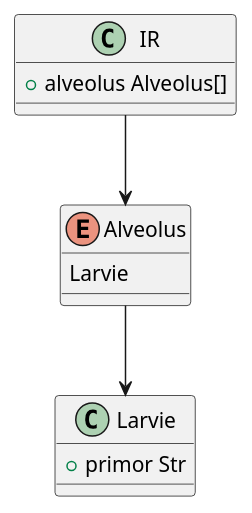
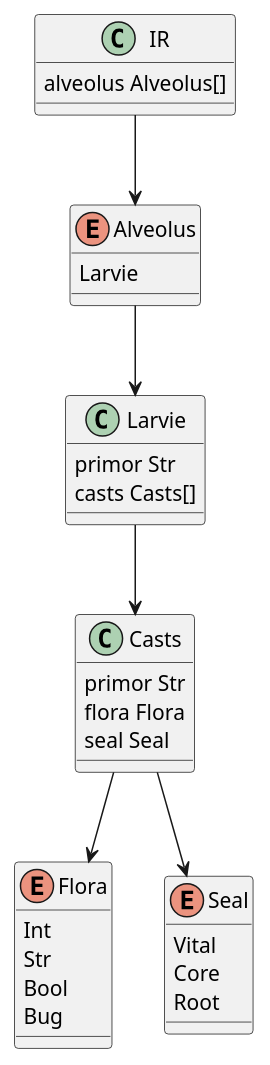
Before and after one commit to sc-land/ir: the diagram in doc/ir.puml, drawn with PlantUML.

Commit message:
docs: update UML diagram with complete IR structure
- Add Flora enum with Int, Str, Bool, Bug types
- Add Seal enum with Vital, Core, Root constraints
- Add Casts class with primor, flora, seal properties
- Update Larvie to include casts relationship
- Improve diagram formatting and remove unnecessary visibility markers
- Add complete relationship mappings between all components

```diff
--- a/doc/ir.puml
+++ b/doc/ir.puml
@@ -1,15 +1,42 @@
 @startuml IR
 
 class IR {
-  +alveolus Alveolus[]
+  alveolus Alveolus[]
 }
 enum Alveolus {
   Larvie
 }
+enum Flora {
+  Int
+  Str
+  Bool
+  Bug
+}
+enum Seal {
+' NotNull
+    Vital
+' PrimaryKey
+    Core
+' Unique
+    Root
+}
+
 class Larvie {
-  + primor Str
+  primor Str
+  casts Casts[]
+}
+
+class Casts {
+  primor Str
+  flora Flora
+  seal Seal
 }
 
 IR --> Alveolus
 Alveolus --> Larvie
+
+Casts --> Flora
+Casts --> Seal
+
+Larvie --> Casts
 @enduml
```
